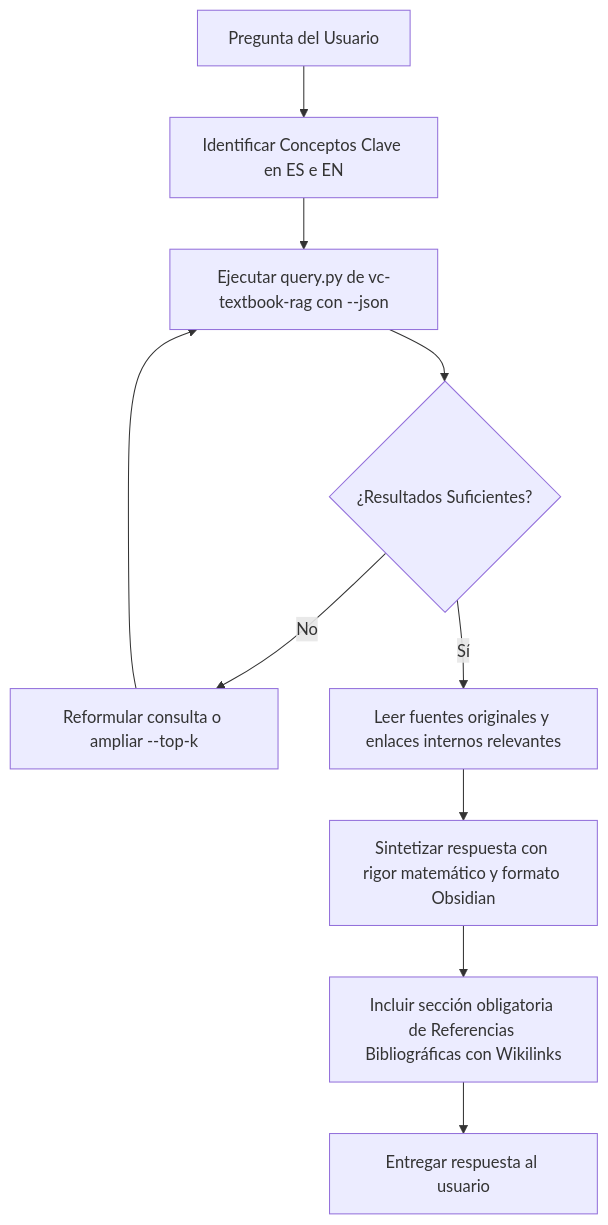
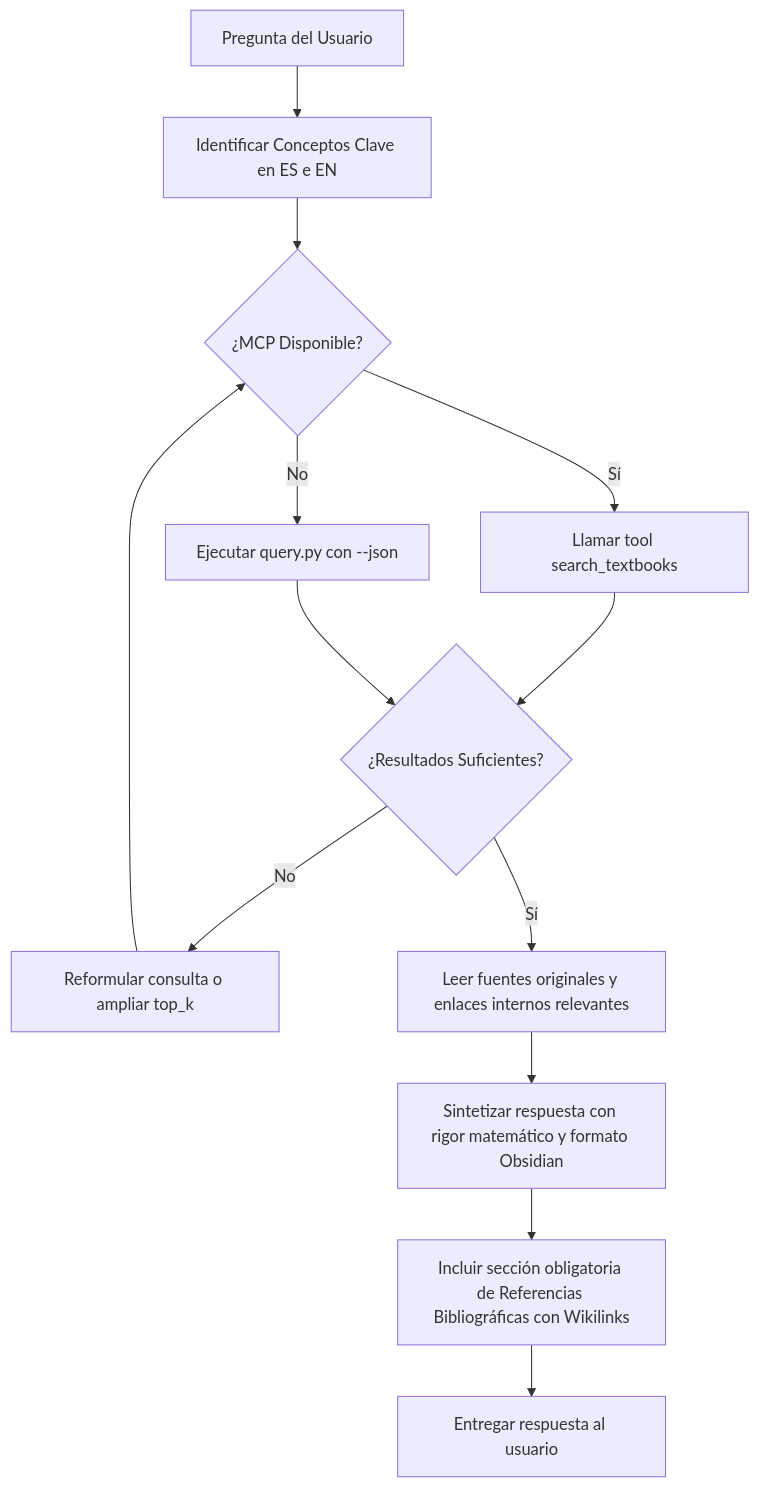
The diagram in AGENTS.md (DanielChicoUGR/VC_APUNTES), drawn with Mermaid before and after one commit. The commit also changed other lines of this file and 6 other files, not shown here.

First line of the commit message:
feat(rag): add MCP server for textbook search

````diff
--- a/AGENTS.md
+++ b/AGENTS.md
@@ -114,12 +123,15 @@
 ```mermaid
 flowchart TD
     A[Pregunta del Usuario] --> B[Identificar Conceptos Clave en ES e EN]
-    B --> C[Ejecutar query.py de vc-textbook-rag con --json]
-    C --> D{¿Resultados Suficientes?}
-    D -- No --> E[Reformular consulta o ampliar --top-k]
-    E --> C
-    D -- Sí --> F[Leer fuentes originales y enlaces internos relevantes]
-    F --> G[Sintetizar respuesta con rigor matemático y formato Obsidian]
-    G --> H[Incluir sección obligatoria de Referencias Bibliográficas con Wikilinks]
-    H --> I[Entregar respuesta al usuario]
+    B --> C{¿MCP Disponible?}
+    C -- Sí --> D1[Llamar tool search_textbooks]
+    C -- No --> D2[Ejecutar query.py con --json]
+    D1 --> E{¿Resultados Suficientes?}
+    D2 --> E
+    E -- No --> F[Reformular consulta o ampliar top_k]
+    F --> C
+    E -- Sí --> G[Leer fuentes originales y enlaces internos relevantes]
+    G --> H[Sintetizar respuesta con rigor matemático y formato Obsidian]
+    H --> I[Incluir sección obligatoria de Referencias Bibliográficas con Wikilinks]
+    I --> J[Entregar respuesta al usuario]
 ```
````
